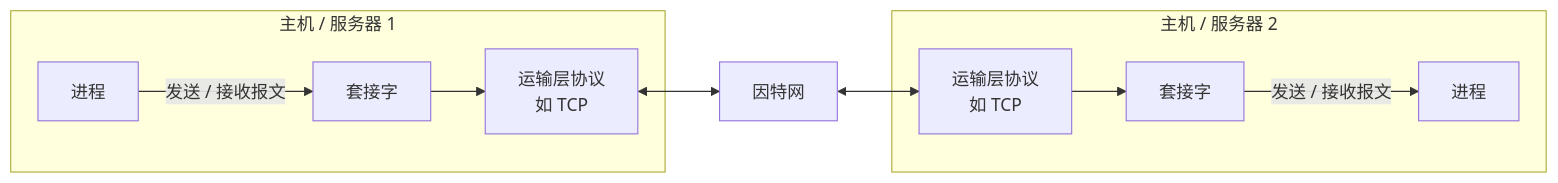
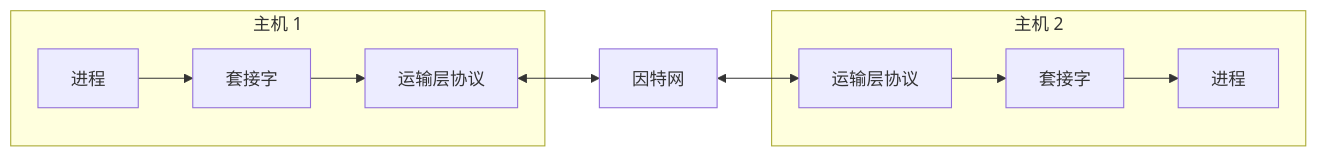
The third of 20 diagrams in src/content/posts/应用层.md (Meer-Matze/Meer-Matze.github.io), drawn with Mermaid before and after one commit. The commit also changed other lines of this file and 3 other files, not shown here.

````diff
--- a/src/content/posts/应用层.md
+++ b/src/content/posts/应用层.md
@@ -278,25 +136,11 @@
 ```mermaid
 graph LR
-  subgraph H1["主机 / 服务器 1"]
-    PR1["进程"]
-    SK1["套接字"]
-    TP1["运输层协议<br/>如 TCP"]
-
-    PR1 -->|"发送 / 接收报文"| SK1
-    SK1 --> TP1
+  subgraph H1["主机 1"]
+    PR1["进程"] --> SK1["套接字"] --> TP1["运输层协议"]
   end
-
   NET["因特网"]
-
-  subgraph H2["主机 / 服务器 2"]
-    TP2["运输层协议<br/>如 TCP"]
-    SK2["套接字"]
-    PR2["进程"]
-
-    TP2 --> SK2
-    SK2 -->|"发送 / 接收报文"| PR2
+  subgraph H2["主机 2"]
+    TP2["运输层协议"] --> SK2["套接字"] --> PR2["进程"]
   end
-
-  TP1 <--> NET
-  NET <--> TP2
+  TP1 <--> NET <--> TP2
 ```
````
